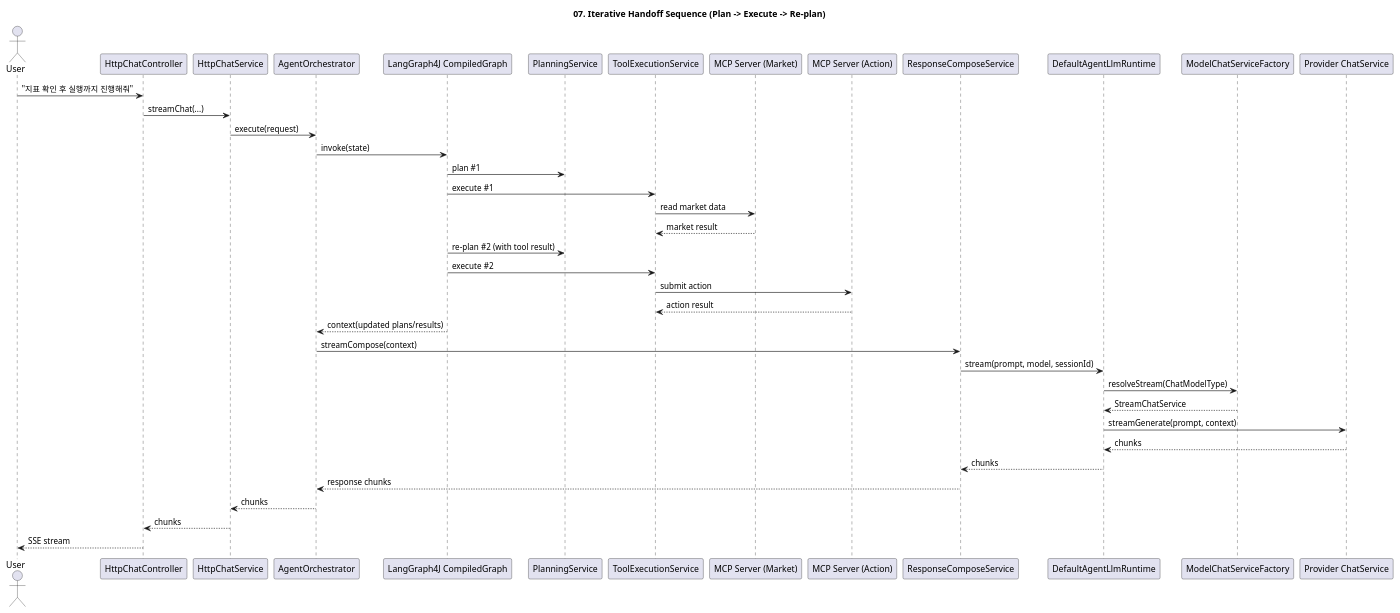
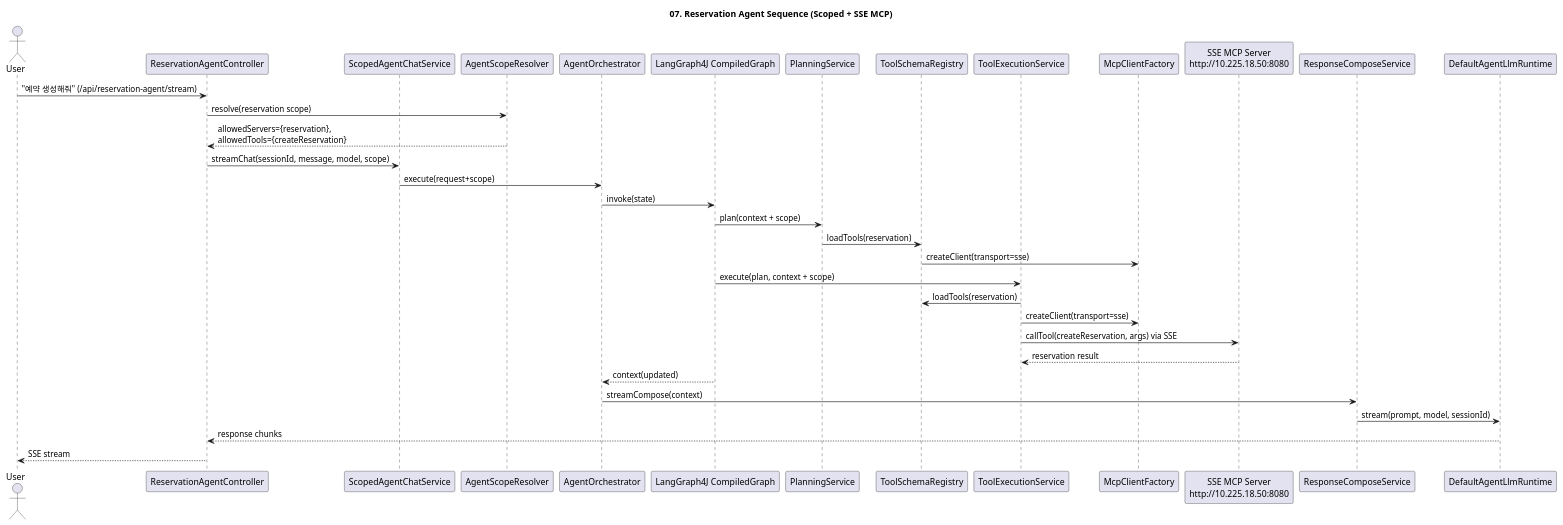
Before and after one commit to kim57uak/spring-ai: the diagram in documents/mcp-orchestrator-architecture/07-reservation-query-sequence.puml, drawn with PlantUML. The commit also changed 63 other files, not shown here.

```diff
--- a/documents/mcp-orchestrator-architecture/07-reservation-query-sequence.puml
+++ b/documents/mcp-orchestrator-architecture/07-reservation-query-sequence.puml
@@ -1,49 +1,44 @@
 @startuml
 !pragma layout smetana
-title 07. Iterative Handoff Sequence (Plan -> Execute -> Re-plan)
+title 07. Reservation Agent Sequence (Scoped + SSE MCP)
 
 skinparam shadowing false
 
 actor User
-participant "HttpChatController" as Controller
-participant "HttpChatService" as ChatService
+participant "ReservationAgentController" as Controller
+participant "ScopedAgentChatService" as ChatService
+participant "AgentScopeResolver" as ScopeResolver
 participant "AgentOrchestrator" as Orchestrator
 participant "LangGraph4J CompiledGraph" as StateGraph
 participant "PlanningService" as Planner
+participant "ToolSchemaRegistry" as SchemaRegistry
 participant "ToolExecutionService" as Executor
-participant "MCP Server (Market)" as MarketMcp
-participant "MCP Server (Action)" as ActionMcp
+participant "McpClientFactory" as McpFactory
+participant "SSE MCP Server\nhttp://10.225.18.50:8080" as ReservationMcp
 participant "ResponseComposeService" as Composer
 participant "DefaultAgentLlmRuntime" as Runtime
-participant "ModelChatServiceFactory" as ChatFactory
-participant "Provider ChatService" as ProviderChatService
 
-User -> Controller : "지표 확인 후 실행까지 진행해줘"
-Controller -> ChatService : streamChat(...)
-ChatService -> Orchestrator : execute(request)
+User -> Controller : "예약 생성해줘" (/api/reservation-agent/stream)
+Controller -> ScopeResolver : resolve(reservation scope)
+ScopeResolver --> Controller : allowedServers={reservation},\nallowedTools={createReservation}
+Controller -> ChatService : streamChat(sessionId, message, model, scope)
+ChatService -> Orchestrator : execute(request+scope)
 Orchestrator -> StateGraph : invoke(state)
 
-StateGraph -> Planner : plan #1
-StateGraph -> Executor : execute #1
-Executor -> MarketMcp : read market data
-MarketMcp --> Executor : market result
+StateGraph -> Planner : plan(context + scope)
+Planner -> SchemaRegistry : loadTools(reservation)
+SchemaRegistry -> McpFactory : createClient(transport=sse)
 
-StateGraph -> Planner : re-plan #2 (with tool result)
-StateGraph -> Executor : execute #2
-Executor -> ActionMcp : submit action
-ActionMcp --> Executor : action result
+StateGraph -> Executor : execute(plan, context + scope)
+Executor -> SchemaRegistry : loadTools(reservation)
+Executor -> McpFactory : createClient(transport=sse)
+Executor -> ReservationMcp : callTool(createReservation, args) via SSE
+ReservationMcp --> Executor : reservation result
 
-StateGraph --> Orchestrator : context(updated plans/results)
+StateGraph --> Orchestrator : context(updated)
 Orchestrator -> Composer : streamCompose(context)
 Composer -> Runtime : stream(prompt, model, sessionId)
-Runtime -> ChatFactory : resolveStream(ChatModelType)
-ChatFactory --> Runtime : StreamChatService
-Runtime -> ProviderChatService : streamGenerate(prompt, context)
-ProviderChatService --> Runtime : chunks
-Runtime --> Composer : chunks
-Composer --> Orchestrator : response chunks
-Orchestrator --> ChatService : chunks
-ChatService --> Controller : chunks
+Runtime --> Controller : response chunks
 Controller --> User : SSE stream
 
 @enduml
```
